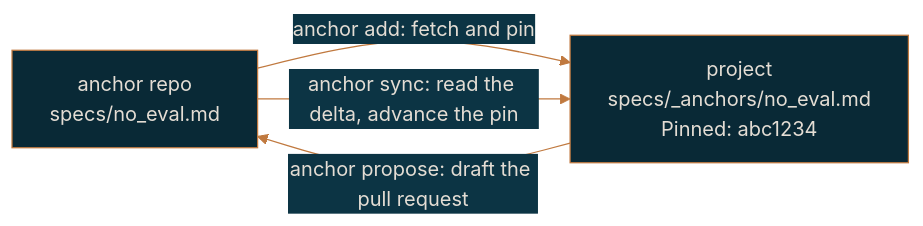
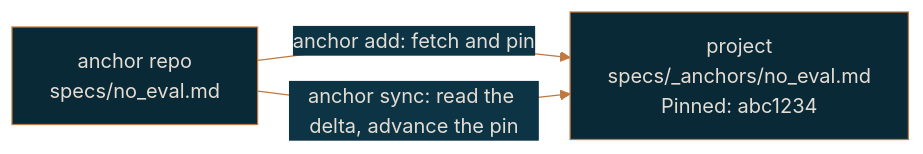
Before and after one commit to rlabarca/purlin: the diagram in docs/specs-and-anchors.md, drawn with Mermaid. The commit also changed other lines of this file and 26 other files, not shown here.

First line of the commit message:
feat(upstream): purlin:anchor propose and the upstream check are removed

````diff
--- a/docs/specs-and-anchors.md
+++ b/docs/specs-and-anchors.md
@@ -185,9 +185,8 @@
 ```mermaid
 %%{init: {"theme": "base", "themeVariables": {"background": "#0C3444", "primaryColor": "#092936", "primaryTextColor": "#E4DDD4", "primaryBorderColor": "#C0793F", "lineColor": "#C0793F", "secondaryColor": "#0C3444", "tertiaryColor": "#092936", "fontFamily": "Arial", "textColor": "#E4DDD4"}}}%%
 flowchart LR
   A["anchor repo<br/>specs/no_eval.md"]
   B["project<br/>specs/_anchors/no_eval.md<br/>Pinned: abc1234"]
   A -- "anchor add: fetch and pin" --> B
   A -- "anchor sync: read the delta, advance the pin" --> B
-  B -- "anchor propose: draft the pull request" --> A
 ```
````
